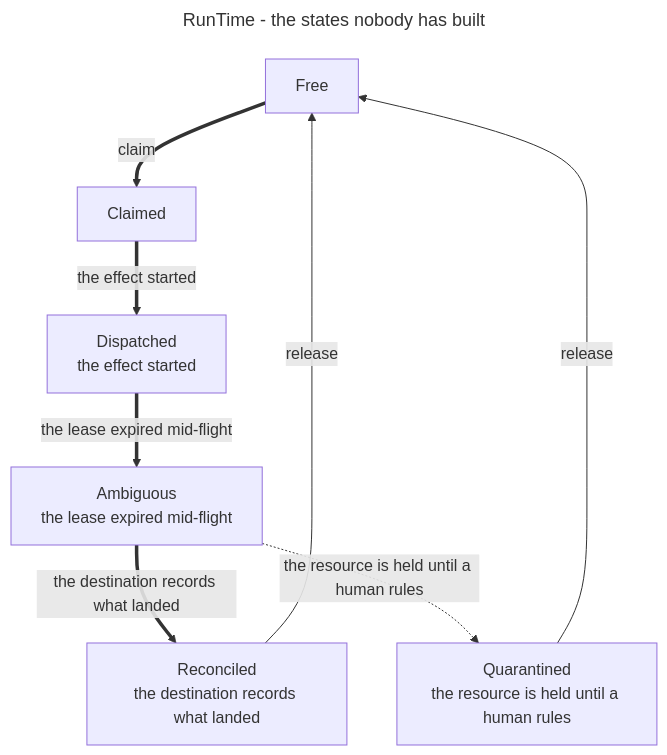
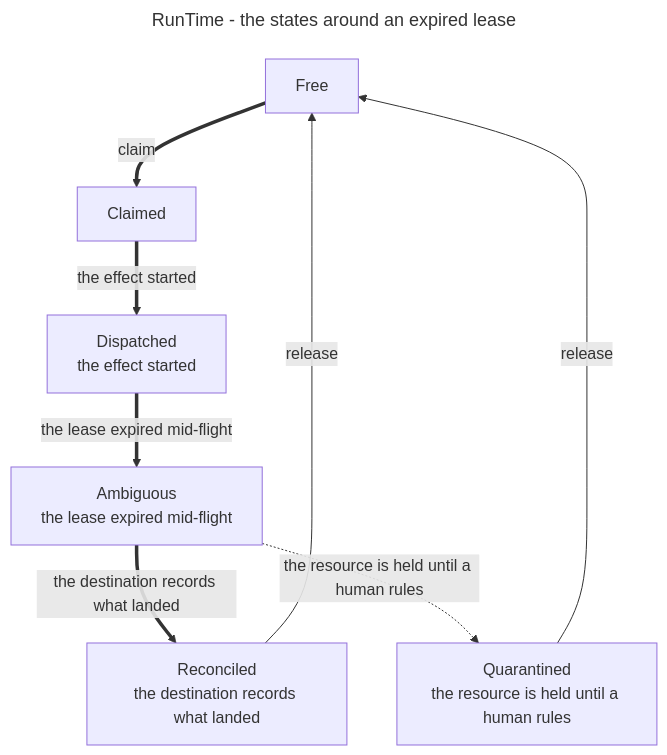
One commit to MergedBeastAgito/Agito changed the diagram in Documentation/Diagram/10-RunTime/Missing.mmd. Above: the diagram before and after it, drawn with Mermaid. The commit also changed 3 other files, not shown here.

```diff
--- a/Documentation/Diagram/10-RunTime/Missing.mmd
+++ b/Documentation/Diagram/10-RunTime/Missing.mmd
@@ -1,19 +1,19 @@
 ---
-title: RunTime - the states nobody has built
+title: RunTime - the states around an expired lease
 line9:
   theme: boardroom
 ---
 flowchart TD
   FREE["Free"]:::host
   CLAIMED["Claimed"]:::host
   DISPATCHED["Dispatched<br>the effect started"]:::hook
-  AMBIGUOUS["Ambiguous<br>the lease expired mid-flight"]:::hook
+  AMBIGUOUS["Ambiguous<br>the lease expired mid-flight"]:::host
   RECONCILED["Reconciled<br>the destination records what landed"]:::hook
-  QUARANTINED["Quarantined<br>the resource is held until a human rules"]:::hook
+  QUARANTINED["Quarantined<br>the resource is held until a human rules"]:::host
   FREE ==>|"claim"| CLAIMED
   CLAIMED ==>|"the effect started"| DISPATCHED
   DISPATCHED ==>|"the lease expired mid-flight"| AMBIGUOUS
   AMBIGUOUS ==>|"the destination records what landed"| RECONCILED
   AMBIGUOUS -.->|"the resource is held until a human rules"| QUARANTINED
   RECONCILED -->|"release"| FREE
   QUARANTINED -->|"release"| FREE
```
